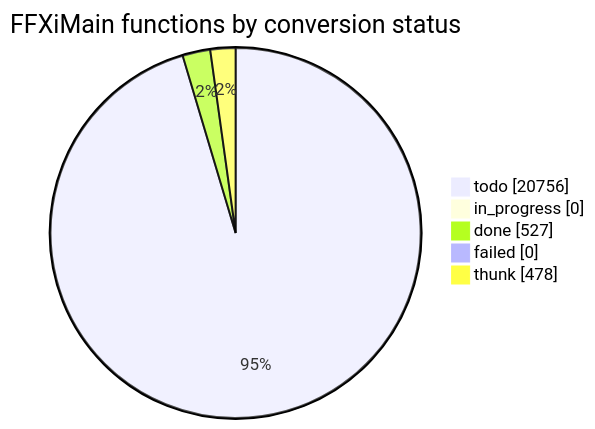
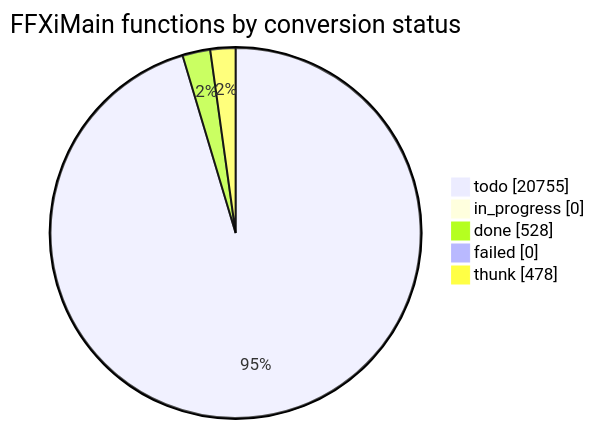
Before and after one commit to cowrevenge/cow_kuluu_xi_anything: the diagram in docs/cow/STATUS.md, drawn with Mermaid. The commit also changed other lines of this file and 9 other files, not shown here.

````diff
--- a/docs/cow/STATUS.md
+++ b/docs/cow/STATUS.md
@@ -18,9 +18,9 @@
 ```mermaid
 pie showData
     title FFXiMain functions by conversion status
-    "todo" : 20756
+    "todo" : 20755
     "in_progress" : 0
-    "done" : 527
+    "done" : 528
     "failed" : 0
     "thunk" : 478
 ```
````
